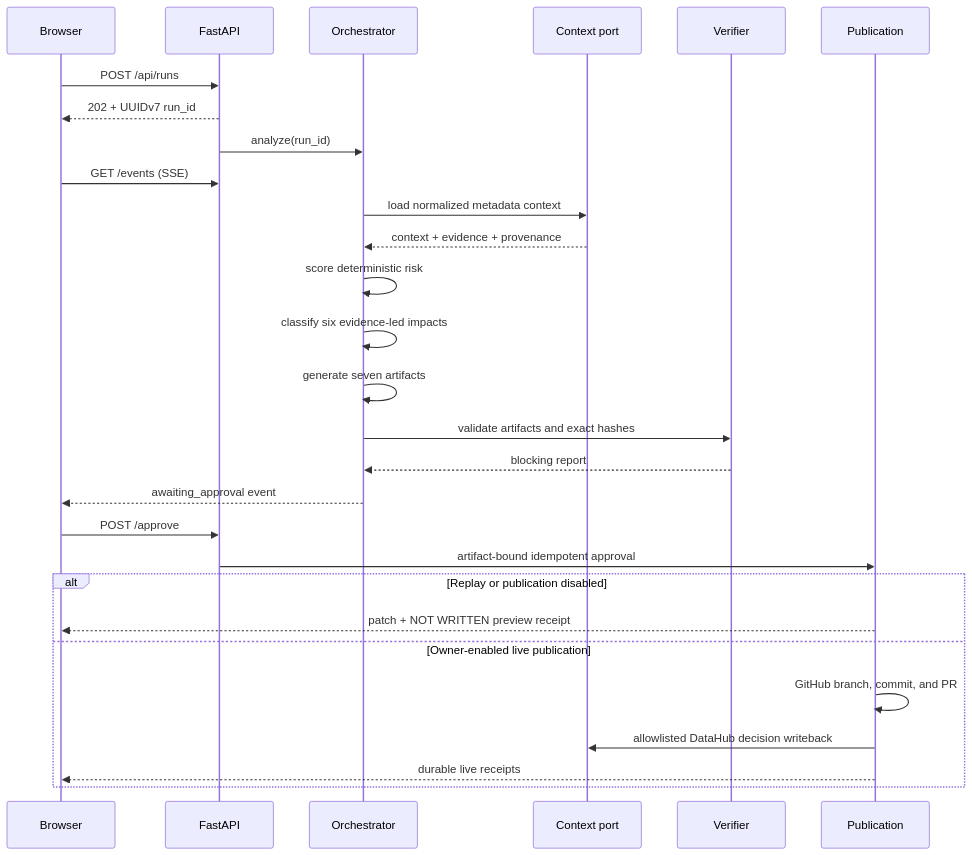
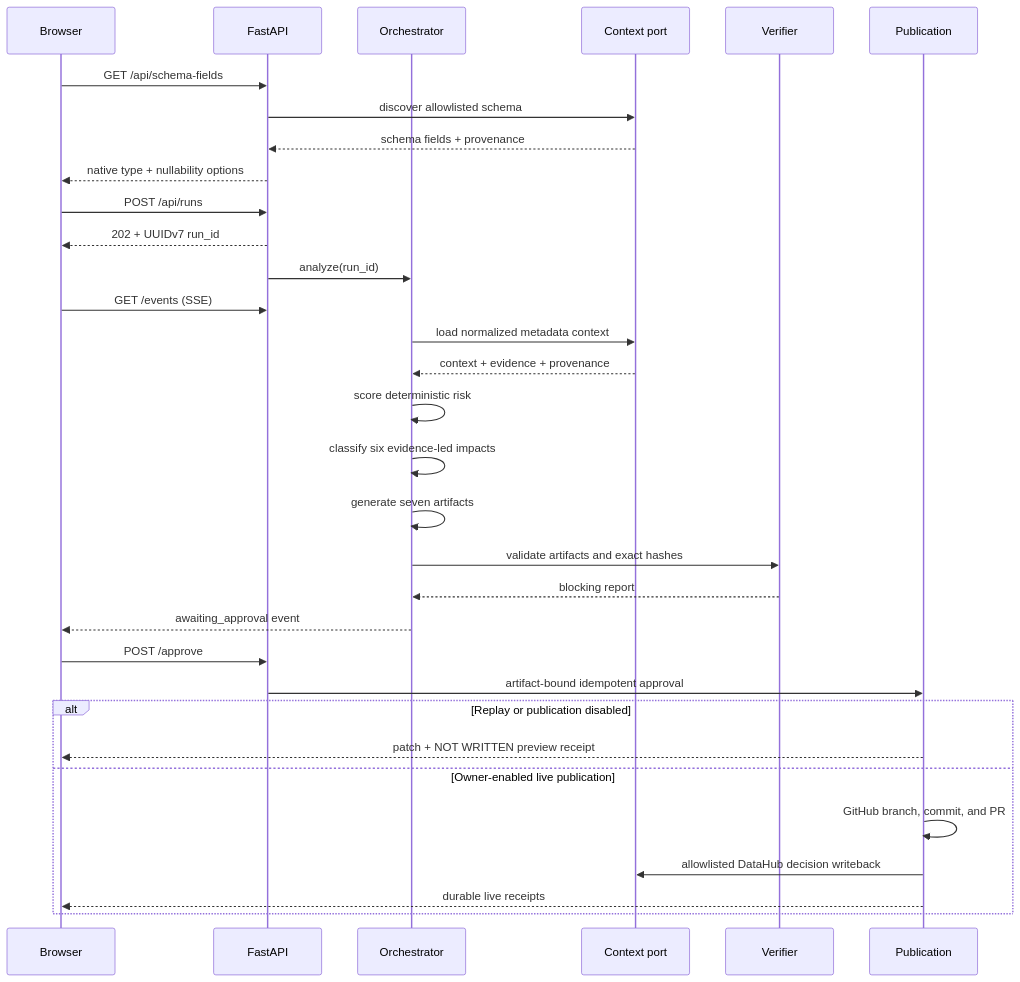
One commit to marker2601/changesafe changed the second of 3 diagrams in docs/architecture.md. Above: the diagram before and after it, drawn with Mermaid. The commit also changed other lines of this file and 5 other files, not shown here.

Commit message:
docs: prove schema-driven field analysis

````diff
--- a/docs/architecture.md
+++ b/docs/architecture.md
@@ -28,31 +28,35 @@
 ```mermaid
 sequenceDiagram
     participant UI as Browser
     participant API as FastAPI
     participant O as Orchestrator
     participant C as Context port
     participant V as Verifier
     participant P as Publication
 
+    UI->>API: GET /api/schema-fields
+    API->>C: discover allowlisted schema
+    C-->>API: schema fields + provenance
+    API-->>UI: native type + nullability options
     UI->>API: POST /api/runs
     API-->>UI: 202 + UUIDv7 run_id
     API->>O: analyze(run_id)
     UI->>API: GET /events (SSE)
     O->>C: load normalized metadata context
     C-->>O: context + evidence + provenance
     O->>O: score deterministic risk
     O->>O: classify six evidence-led impacts
     O->>O: generate seven artifacts
     O->>V: validate artifacts and exact hashes
     V-->>O: blocking report
     O-->>UI: awaiting_approval event
     UI->>API: POST /approve
     API->>P: artifact-bound idempotent approval
     alt Replay or publication disabled
         P-->>UI: patch + NOT WRITTEN preview receipt
     else Owner-enabled live publication
         P->>P: GitHub branch, commit, and PR
         P->>C: allowlisted DataHub decision writeback
         P-->>UI: durable live receipts
     end
 ```
````
